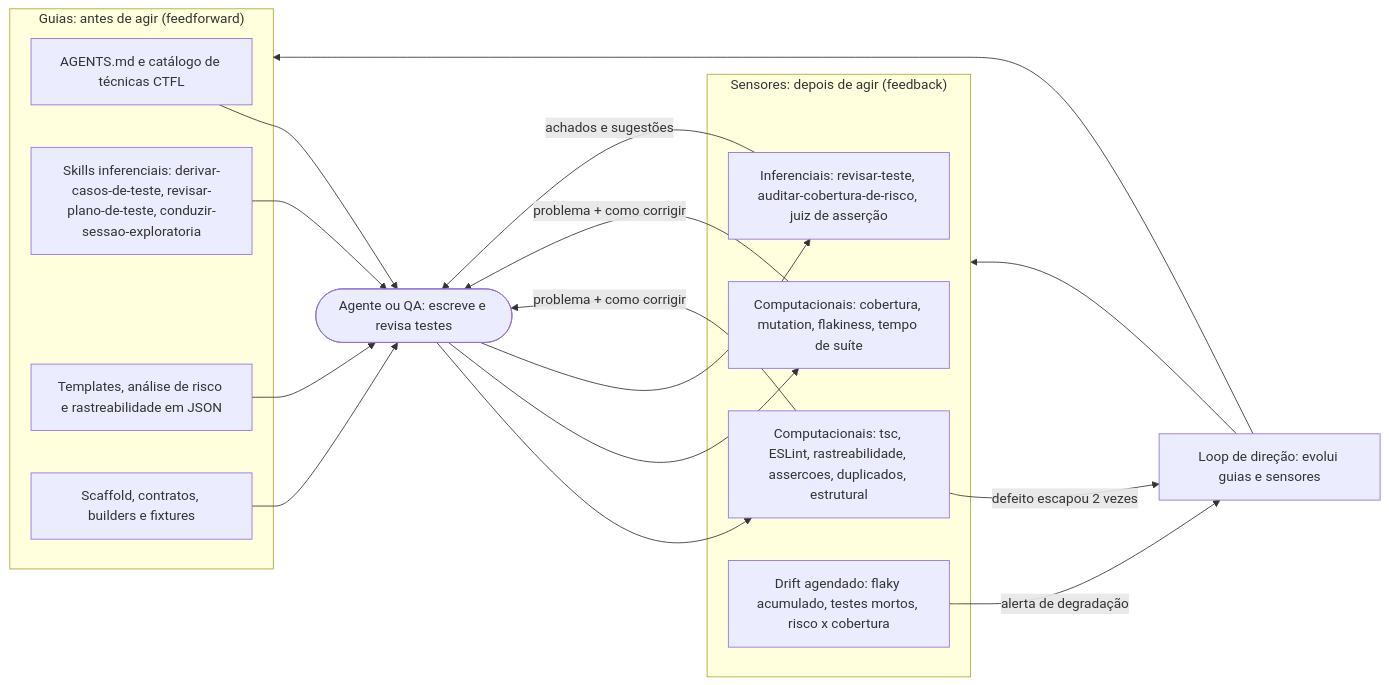
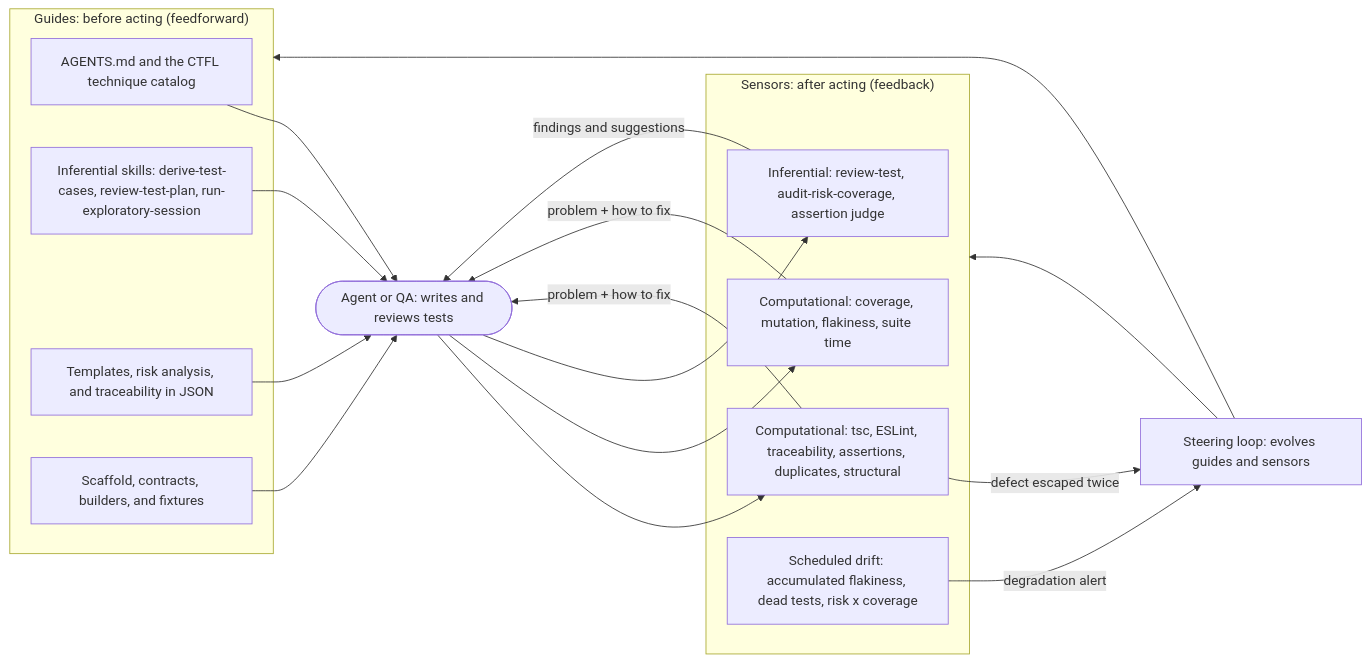
Before and after one commit to LucasQuintela23/harness-qa: the first of 3 diagrams in README.md, drawn with Mermaid. The commit also changed other lines of this file and 105 other files, not shown here.

````diff
--- a/README.md
+++ b/README.md
@@ -32,33 +32,33 @@
 ```mermaid
 flowchart LR
-    subgraph GUIAS["Guias: antes de agir (feedforward)"]
-        G1["AGENTS.md e catálogo de técnicas CTFL"]
-        G2["Skills inferenciais: derivar-casos-de-teste, revisar-plano-de-teste, conduzir-sessao-exploratoria"]
-        G3["Templates, análise de risco e rastreabilidade em JSON"]
-        G4["Scaffold, contratos, builders e fixtures"]
+    subgraph GUIDES["Guides: before acting (feedforward)"]
+        G1["AGENTS.md and the CTFL technique catalog"]
+        G2["Inferential skills: derive-test-cases, review-test-plan, run-exploratory-session"]
+        G3["Templates, risk analysis, and traceability in JSON"]
+        G4["Scaffold, contracts, builders, and fixtures"]
     end
 
-    AGENTE(["Agente ou QA: escreve e revisa testes"])
+    AGENT(["Agent or QA: writes and reviews tests"])
 
-    subgraph SENSORES["Sensores: depois de agir (feedback)"]
-        S1["Computacionais: tsc, ESLint, rastreabilidade, assercoes, duplicados, estrutural"]
-        S2["Computacionais: cobertura, mutation, flakiness, tempo de suíte"]
-        S3["Inferenciais: revisar-teste, auditar-cobertura-de-risco, juiz de asserção"]
-        S4["Drift agendado: flaky acumulado, testes mortos, risco x cobertura"]
+    subgraph SENSORS["Sensors: after acting (feedback)"]
+        S1["Computational: tsc, ESLint, traceability, assertions, duplicates, structural"]
+        S2["Computational: coverage, mutation, flakiness, suite time"]
+        S3["Inferential: review-test, audit-risk-coverage, assertion judge"]
+        S4["Scheduled drift: accumulated flakiness, dead tests, risk x coverage"]
     end
 
-    G1 --> AGENTE
-    G2 --> AGENTE
-    G3 --> AGENTE
-    G4 --> AGENTE
-    AGENTE --> S1
-    AGENTE --> S2
-    AGENTE --> S3
-    S1 -- "problema + como corrigir" --> AGENTE
-    S2 -- "problema + como corrigir" --> AGENTE
-    S3 -- "achados e sugestões" --> AGENTE
-    S4 -- "alerta de degradação" --> LOOP
-    S1 -- "defeito escapou 2 vezes" --> LOOP
-    LOOP["Loop de direção: evolui guias e sensores"] --> GUIAS
-    LOOP --> SENSORES
+    G1 --> AGENT
+    G2 --> AGENT
+    G3 --> AGENT
+    G4 --> AGENT
+    AGENT --> S1
+    AGENT --> S2
+    AGENT --> S3
+    S1 -- "problem + how to fix" --> AGENT
+    S2 -- "problem + how to fix" --> AGENT
+    S3 -- "findings and suggestions" --> AGENT
+    S4 -- "degradation alert" --> LOOP
+    S1 -- "defect escaped twice" --> LOOP
+    LOOP["Steering loop: evolves guides and sensors"] --> GUIDES
+    LOOP --> SENSORS
 ```
````
